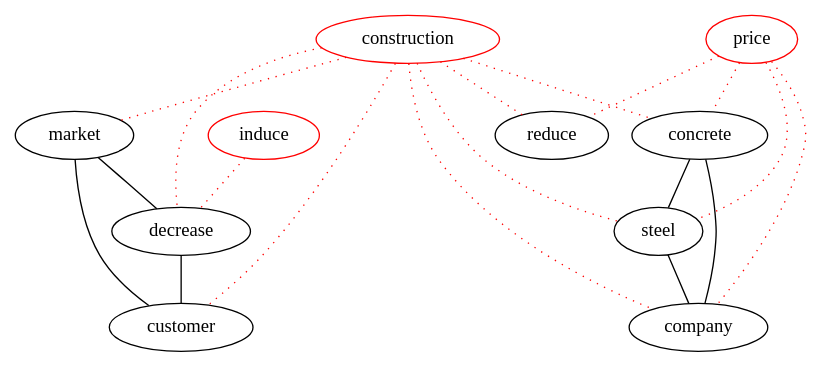
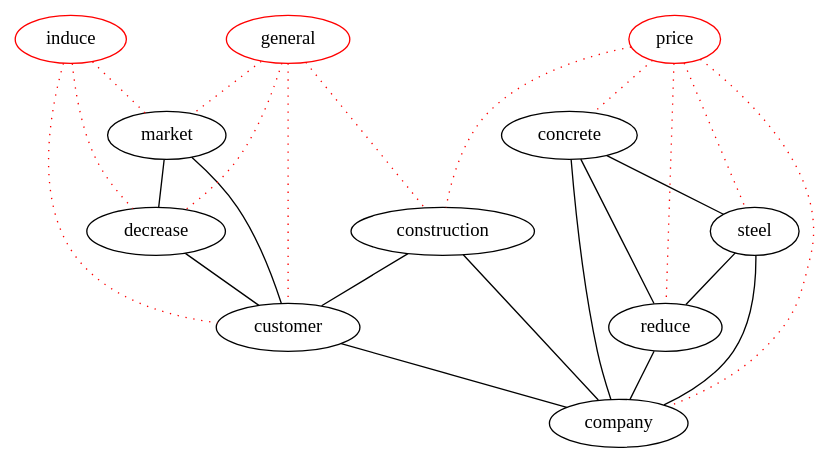
One commit to michaelweiss/keygraph changed the diagram in dot/d2.dot. Above: the diagram before and after it, drawn with Graphviz. The commit also changed 5 other files, not shown here.

```diff
--- a/dot/d2.dot
+++ b/dot/d2.dot
@@ -1,30 +1,38 @@
 graph keygraph {
 graph [size="10,10"]
+decrease [color="black"]
+company [color="black"]
+steel [color="black"]
 customer [color="black"]
 concrete [color="black"]
-steel [color="black"]
+construction [color="black"]
 market [color="black"]
-decrease [color="black"]
-company [color="black"]
+reduce [color="black"]
+induce [color="red"]
 price [color="red"]
-construction [color="red"]
-induce [color="red"]
+general [color="red"]
+construction--customer
+construction--company
+concrete--reduce
+steel--reduce
+customer--company
 market--decrease
 market--customer
 decrease--customer
 concrete--steel
 concrete--company
 steel--company
+reduce--company
 induce--decrease [color="red", style="dotted"]
+induce--customer [color="red", style="dotted"]
+induce--market [color="red", style="dotted"]
+general--decrease [color="red", style="dotted"]
+general--customer [color="red", style="dotted"]
+general--construction [color="red", style="dotted"]
+general--market [color="red", style="dotted"]
+price--company [color="red", style="dotted"]
+price--steel [color="red", style="dotted"]
+price--concrete [color="red", style="dotted"]
+price--construction [color="red", style="dotted"]
 price--reduce [color="red", style="dotted"]
-price--concrete [color="red", style="dotted"]
-price--steel [color="red", style="dotted"]
-price--company [color="red", style="dotted"]
-construction--reduce [color="red", style="dotted"]
-construction--customer [color="red", style="dotted"]
-construction--concrete [color="red", style="dotted"]
-construction--steel [color="red", style="dotted"]
-construction--market [color="red", style="dotted"]
-construction--decrease [color="red", style="dotted"]
-construction--company [color="red", style="dotted"]
 }
```
